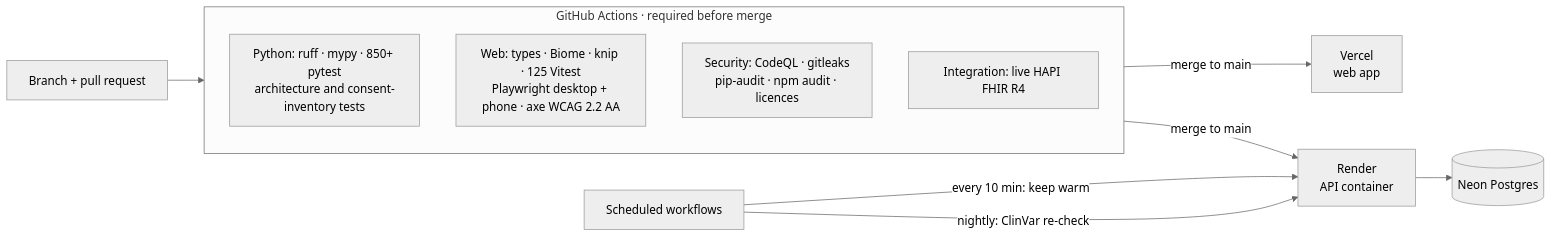
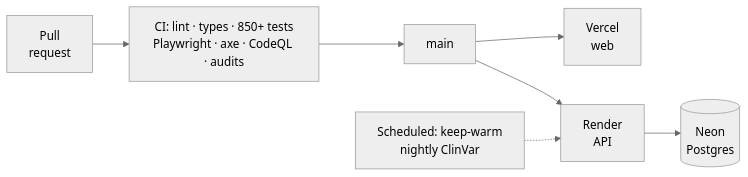
One commit to loktrishal-05/kinsight changed the sixth of 6 diagrams in README.md. Above: the diagram before and after it, drawn with Mermaid (neutral theme). The commit also changed other lines of this file, not shown here.

Commit message:
README: compact system design, architecture and pipeline diagrams (#138)

````diff
--- a/README.md
+++ b/README.md
@@ -328,16 +292,7 @@
 ```mermaid
 flowchart LR
-    DEV["Branch + pull request"] --> CI
-    subgraph CI["GitHub Actions · required before merge"]
-        direction TB
-        PY["Python: ruff · mypy · 850+ pytest<br/>architecture and consent-inventory tests"]
-        JS["Web: types · Biome · knip · 125 Vitest<br/>Playwright desktop + phone · axe WCAG 2.2 AA"]
-        SEC["Security: CodeQL · gitleaks<br/>pip-audit · npm audit · licences"]
-        LIVE["Integration: live HAPI FHIR R4"]
-    end
-    CI -->|"merge to main"| VER["Vercel<br/>web app"]
-    CI -->|"merge to main"| REN["Render<br/>API container"]
-    REN --> NEON[("Neon Postgres")]
-    CRON["Scheduled workflows"] -->|"every 10 min: keep warm"| REN
-    CRON -->|"nightly: ClinVar re-check"| REN
+    PR["Pull<br/>request"] --> CI["CI: lint · types · 850+ tests<br/>Playwright · axe · CodeQL · audits"] --> M["main"]
+    M --> V["Vercel<br/>web"]
+    M --> R["Render<br/>API"] --> N[("Neon<br/>Postgres")]
+    J["Scheduled: keep-warm<br/>nightly ClinVar"] -.-> R
 ```
````
